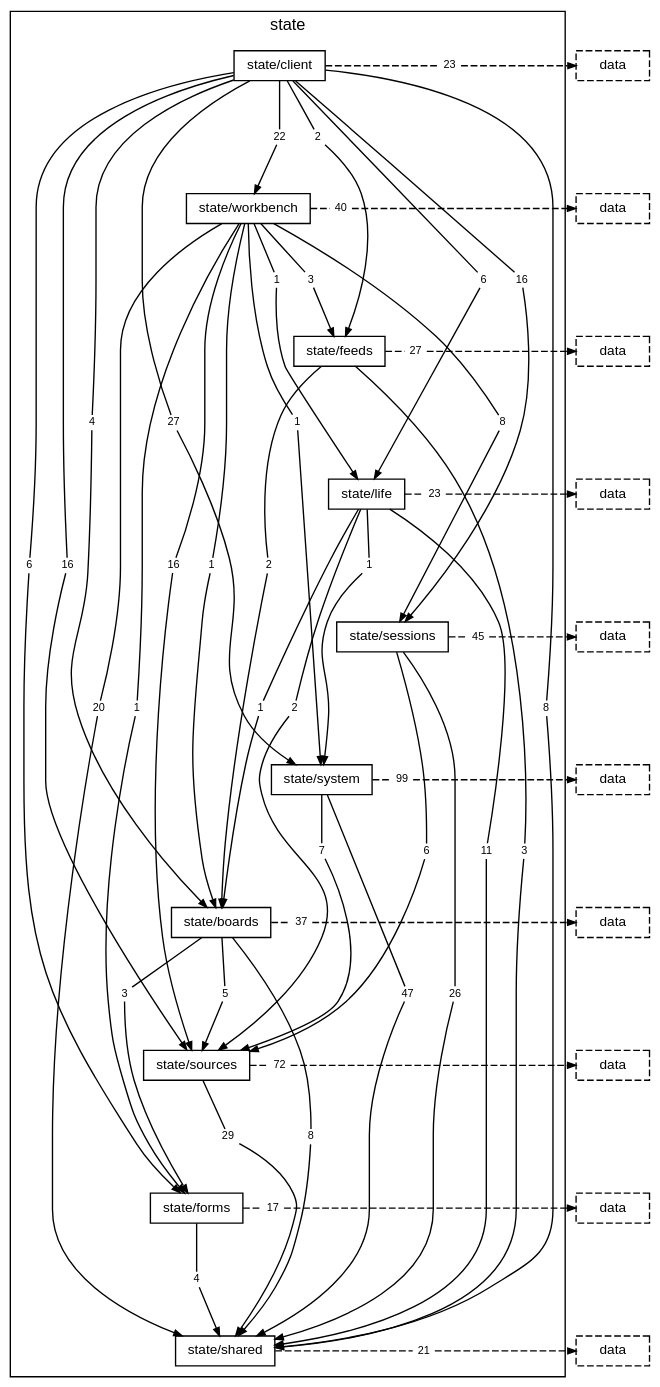
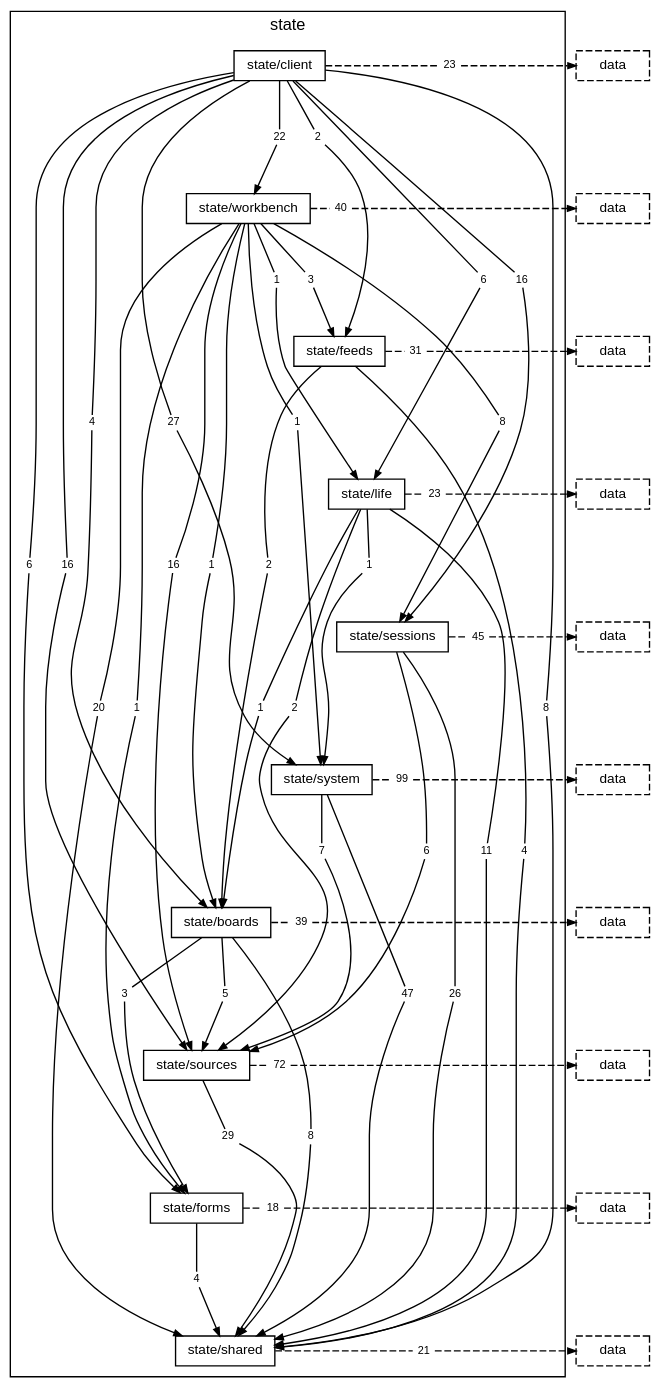
One commit to TheAxeC/oculus changed the diagram in docs/diagrams/layer-state.dot. Above: the diagram before and after it, drawn with Graphviz. The commit also changed 192 other files, not shown here.

```diff
--- a/docs/diagrams/layer-state.dot
+++ b/docs/diagrams/layer-state.dot
@@ -34,8 +34,8 @@
         "folder state/workbench to folder state/system" [label="1", shape=box, color="transparent", fontsize=8, width=0, height=0, margin="0.04,0.02"];
         "folder state/workbench to layer data" [label="40", shape=box, color="transparent", fontsize=8, width=0, height=0, margin="0.04,0.02"];
         "folder state/feeds to folder state/boards" [label="2", shape=box, color="transparent", fontsize=8, width=0, height=0, margin="0.04,0.02"];
-        "folder state/feeds to folder state/shared" [label="3", shape=box, color="transparent", fontsize=8, width=0, height=0, margin="0.04,0.02"];
-        "folder state/feeds to layer data" [label="27", shape=box, color="transparent", fontsize=8, width=0, height=0, margin="0.04,0.02"];
+        "folder state/feeds to folder state/shared" [label="4", shape=box, color="transparent", fontsize=8, width=0, height=0, margin="0.04,0.02"];
+        "folder state/feeds to layer data" [label="31", shape=box, color="transparent", fontsize=8, width=0, height=0, margin="0.04,0.02"];
         "folder state/life to folder state/boards" [label="1", shape=box, color="transparent", fontsize=8, width=0, height=0, margin="0.04,0.02"];
         "folder state/life to folder state/shared" [label="11", shape=box, color="transparent", fontsize=8, width=0, height=0, margin="0.04,0.02"];
         "folder state/life to folder state/sources" [label="2", shape=box, color="transparent", fontsize=8, width=0, height=0, margin="0.04,0.02"];
@@ -50,11 +50,11 @@
         "folder state/boards to folder state/forms" [label="3", shape=box, color="transparent", fontsize=8, width=0, height=0, margin="0.04,0.02"];
         "folder state/boards to folder state/shared" [label="8", shape=box, color="transparent", fontsize=8, width=0, height=0, margin="0.04,0.02"];
         "folder state/boards to folder state/sources" [label="5", shape=box, color="transparent", fontsize=8, width=0, height=0, margin="0.04,0.02"];
-        "folder state/boards to layer data" [label="37", shape=box, color="transparent", fontsize=8, width=0, height=0, margin="0.04,0.02"];
+        "folder state/boards to layer data" [label="39", shape=box, color="transparent", fontsize=8, width=0, height=0, margin="0.04,0.02"];
         "folder state/sources to folder state/shared" [label="29", shape=box, color="transparent", fontsize=8, width=0, height=0, margin="0.04,0.02"];
         "folder state/sources to layer data" [label="72", shape=box, color="transparent", fontsize=8, width=0, height=0, margin="0.04,0.02"];
         "folder state/forms to folder state/shared" [label="4", shape=box, color="transparent", fontsize=8, width=0, height=0, margin="0.04,0.02"];
-        "folder state/forms to layer data" [label="17", shape=box, color="transparent", fontsize=8, width=0, height=0, margin="0.04,0.02"];
+        "folder state/forms to layer data" [label="18", shape=box, color="transparent", fontsize=8, width=0, height=0, margin="0.04,0.02"];
         "folder state/shared to layer data" [label="21", shape=box, color="transparent", fontsize=8, width=0, height=0, margin="0.04,0.02"];
     }
     "layer data from folder state/client" [label="data", style=dashed];
```
